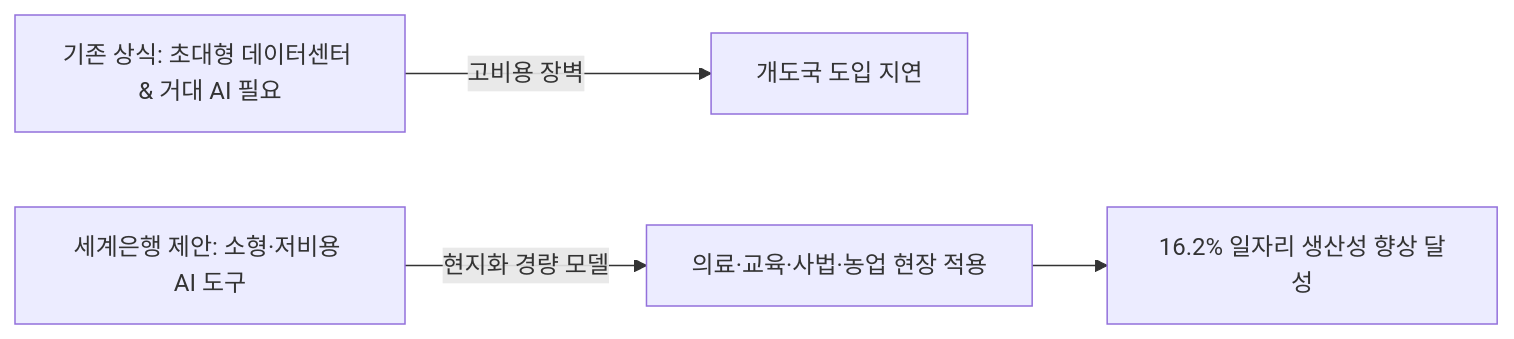
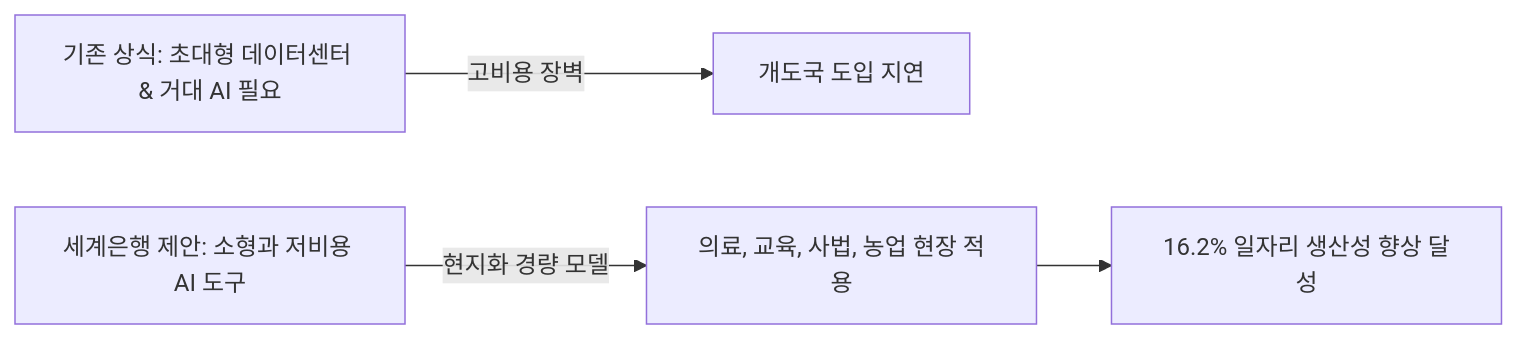
Before and after one commit to jjxxmiin/jjxxmiin.github.io: the second of 3 diagrams in _posts/2026-08-05-world-bank-wdr-2026-highlights-small-ai-models-for-developing-economies.md, drawn with Mermaid. The commit also changed other lines of this file and 624 other files, not shown here.

````diff
--- a/_posts/2026-08-05-world-bank-wdr-2026-highlights-small-ai-models-for-developing-economies.md
+++ b/_posts/2026-08-05-world-bank-wdr-2026-highlights-small-ai-models-for-developing-economies.md
@@ -109,6 +113,6 @@
 ```mermaid
 flowchart LR
     A[기존 상식: 초대형 데이터센터 & 거대 AI 필요] -->|고비용 장벽| B[개도국 도입 지연]
-    C[세계은행 제안: 소형·저비용 AI 도구] -->|현지화 경량 모델| D[의료·교육·사법·농업 현장 적용]
+    C[세계은행 제안: 소형과 저비용 AI 도구] -->|현지화 경량 모델| D[의료, 교육, 사법, 농업 현장 적용]
     D --> E[16.2% 일자리 생산성 향상 달성]
 ```
````
